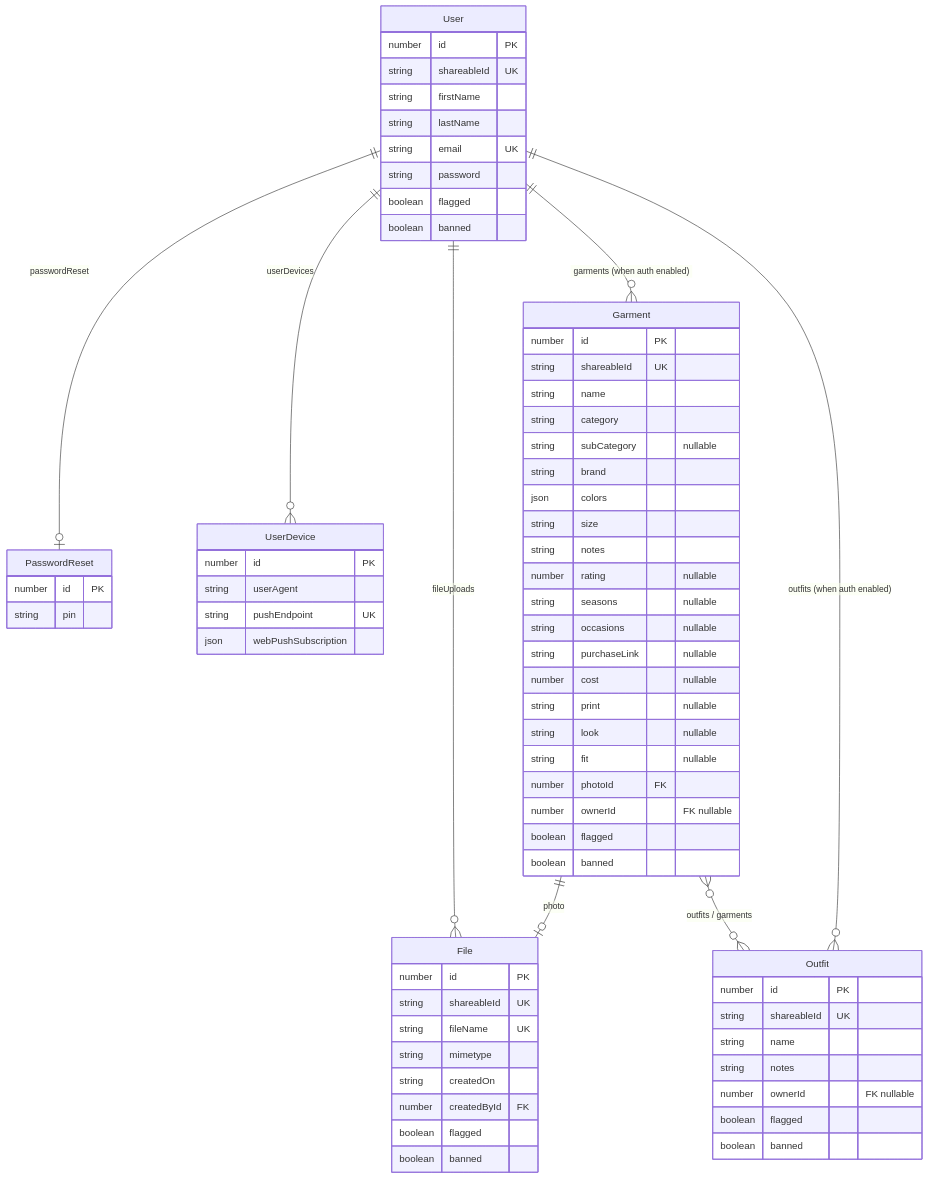
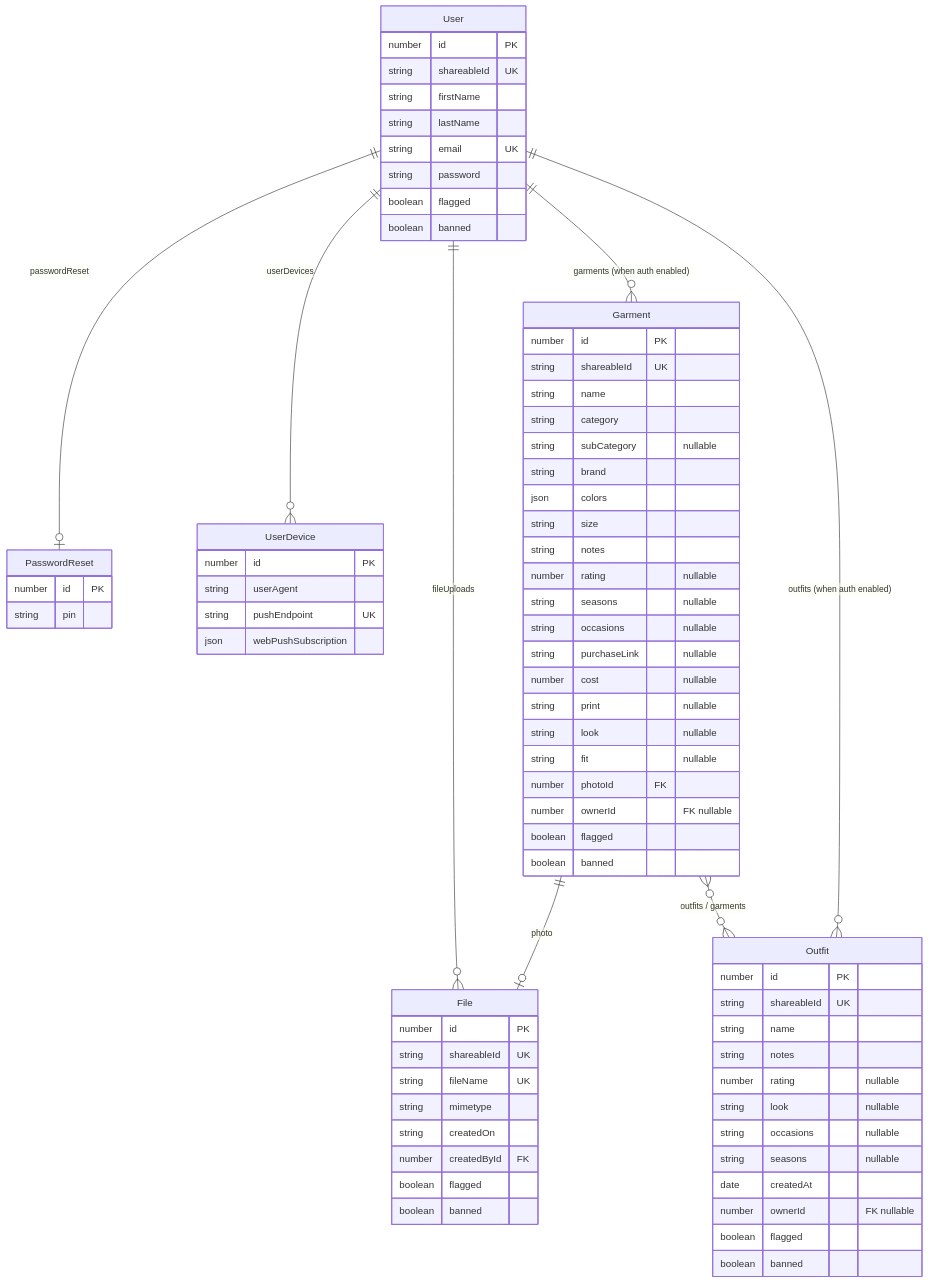
One commit to Lazztech/Libre-Closet changed the diagram in docs/DESIGN.md. Above: the diagram before and after it, drawn with Mermaid. The commit also changed other lines of this file and 29 other files, not shown here.

```diff
--- a/docs/DESIGN.md
+++ b/docs/DESIGN.md
@@ -153,6 +157,11 @@
         string shareableId UK
         string name
         string notes
+        number rating "nullable"
+        string look "nullable"
+        string occasions "nullable"
+        string seasons "nullable"
+        date createdAt
         number ownerId "FK nullable"
         boolean flagged
         boolean banned
```
